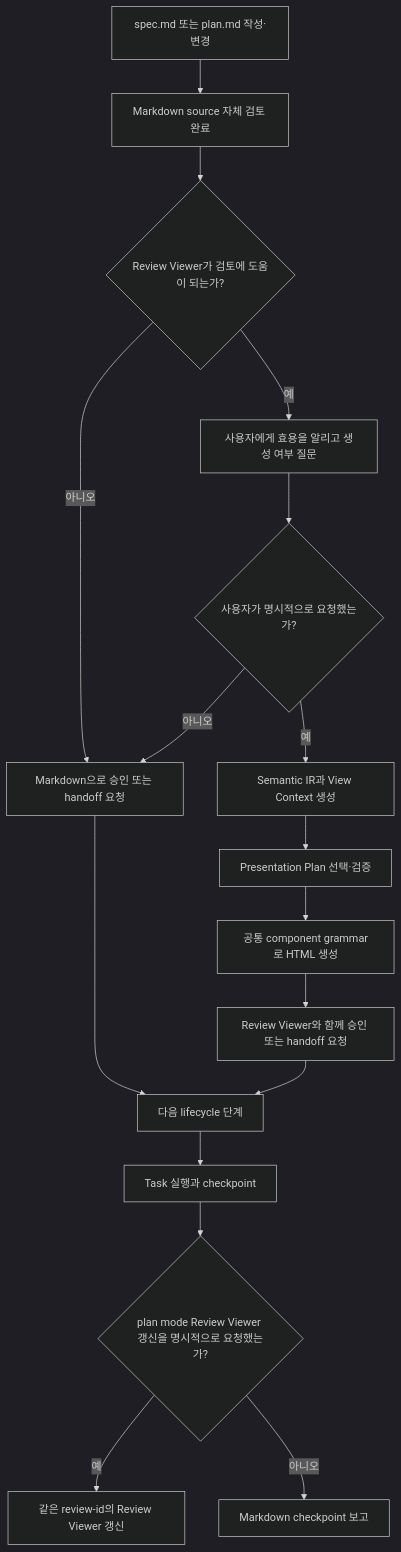
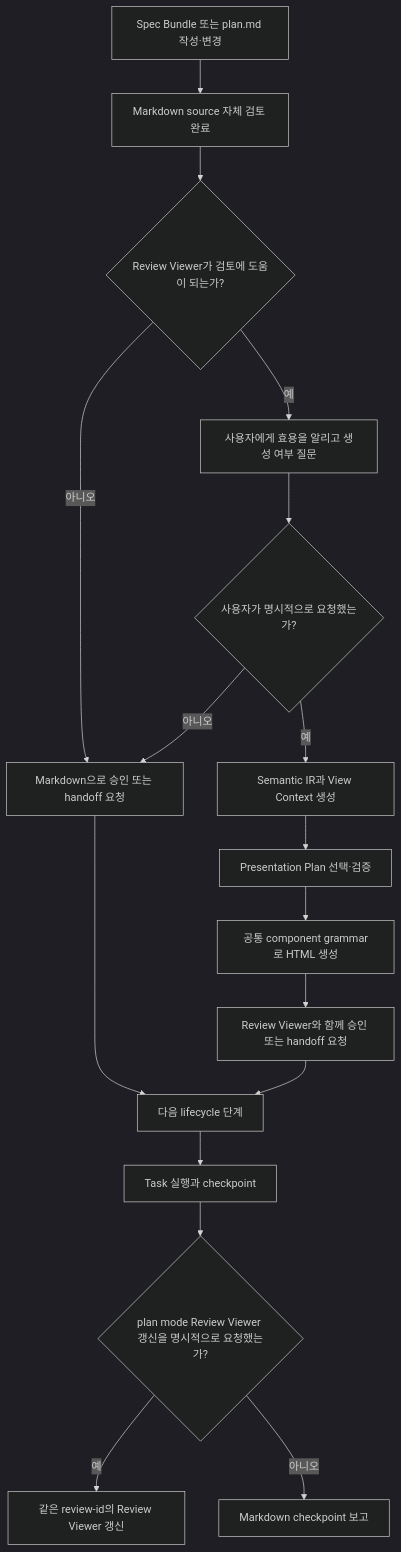
Before and after one commit to hope1026/aiagent-plugins: the first of 4 diagrams in docs/specs/002-lifecycle-review-viewer/spec.md, drawn with Mermaid (dark theme). The commit also changed other lines of this file and 4 other files, not shown here.

Commit message:
docs(forge): approve semantic spec bundle migration

````diff
--- a/docs/specs/002-lifecycle-review-viewer/spec.md
+++ b/docs/specs/002-lifecycle-review-viewer/spec.md
@@ -155,19 +155,19 @@
 ```mermaid
 flowchart TD
-    A[spec.md 또는 plan.md 작성·변경] --> B[Markdown source 자체 검토 완료]
+    A[Spec Bundle 또는 plan.md 작성·변경] --> B[Markdown source 자체 검토 완료]
     B --> C{Review Viewer가 검토에 도움이 되는가?}
     C -- 예 --> D[사용자에게 효용을 알리고 생성 여부 질문]
     C -- 아니오 --> E[Markdown으로 승인 또는 handoff 요청]
     D --> F{사용자가 명시적으로 요청했는가?}
     F -- 예 --> G[Semantic IR과 View Context 생성]
     F -- 아니오 --> E
     G --> GP[Presentation Plan 선택·검증]
     GP --> GR[공통 component grammar로 HTML 생성]
     GR --> H[Review Viewer와 함께 승인 또는 handoff 요청]
     E --> I[다음 lifecycle 단계]
     H --> I
     I --> J[Task 실행과 checkpoint]
     J --> K{plan mode Review Viewer 갱신을 명시적으로 요청했는가?}
     K -- 예 --> L[같은 review-id의 Review Viewer 갱신]
     K -- 아니오 --> M[Markdown checkpoint 보고]
 ```
````
